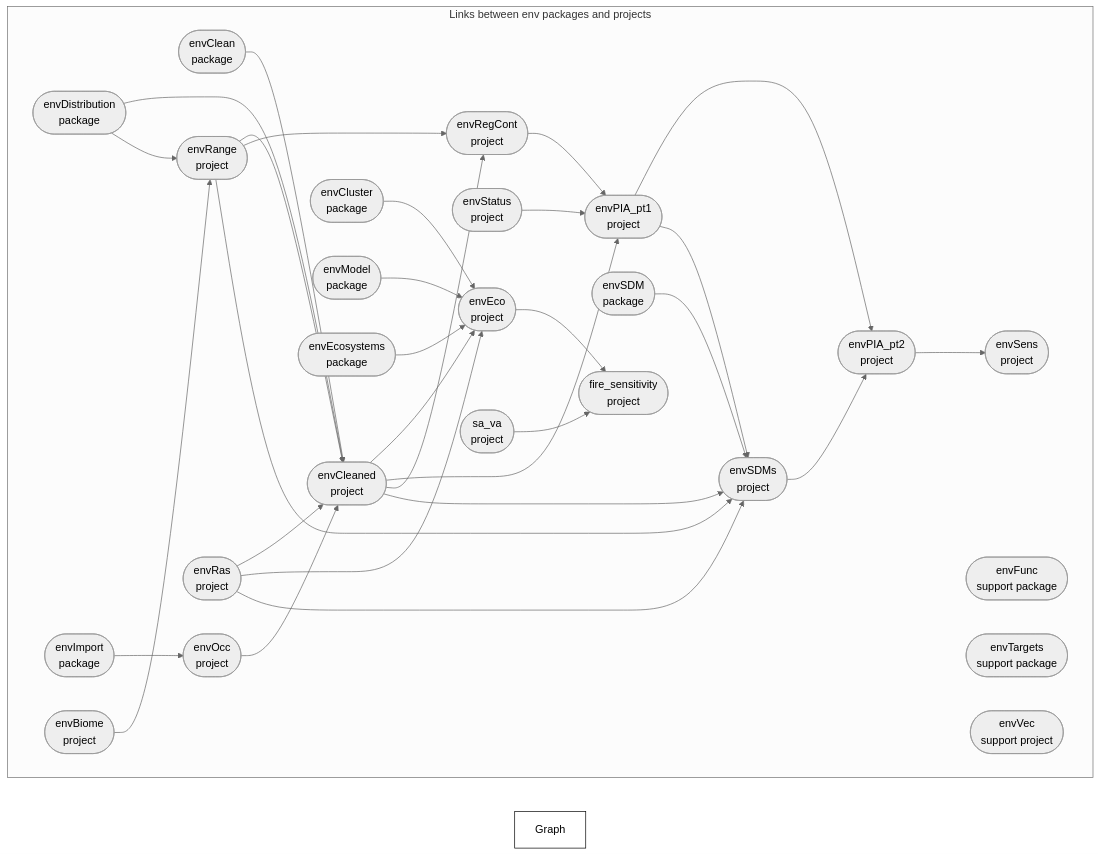
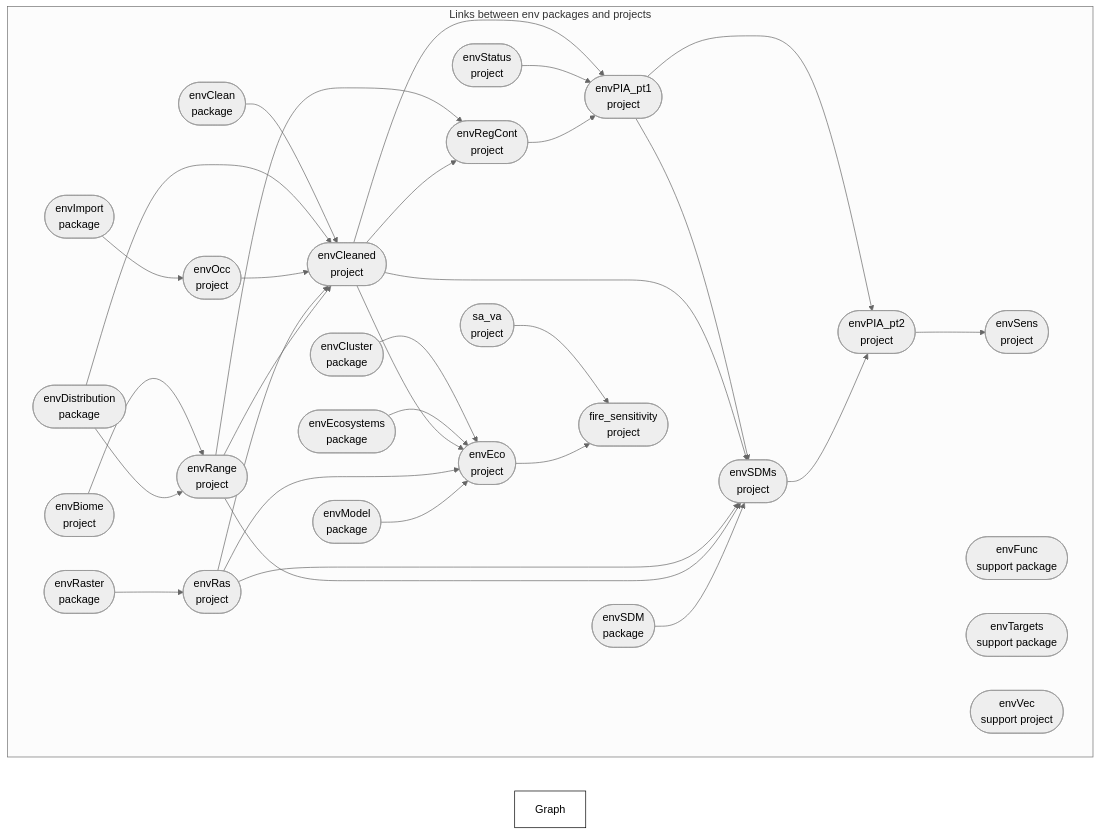
The diagram in profile/README.md (dew-landscapes/.github), drawn with Mermaid (neutral theme) before and after one commit. The commit also changed other lines of this file and 2 other files, not shown here.

Commit message:
envRaster

````diff
--- a/profile/README.md
+++ b/profile/README.md
@@ -45,38 +44,39 @@
 ``` mermaid
 graph LR
   style Graph fill:#FFFFFF00,stroke:#000000;
   subgraph Links between env packages and projects
     direction LR
     x199e33ac94c360fd(["envClean<br>package"]):::queued --> x4e1f08a5bd05b882(["envCleaned<br>project"]):::queued
-    x4f41d9ef8b70ed0e(["envRange<br>project"]):::queued --> x4e1f08a5bd05b882(["envCleaned<br>project"]):::queued
     xb53407deaf8a50f7(["envDistribution<br>package"]):::queued --> x4e1f08a5bd05b882(["envCleaned<br>project"]):::queued
     x9d3addc2d3c28cb0(["envOcc<br>project"]):::queued --> x4e1f08a5bd05b882(["envCleaned<br>project"]):::queued
     x67b5feaf09e4d0ca(["envRas<br>project"]):::queued --> x4e1f08a5bd05b882(["envCleaned<br>project"]):::queued
+    x4f41d9ef8b70ed0e(["envRange<br>project"]):::queued --> x4e1f08a5bd05b882(["envCleaned<br>project"]):::queued
+    x9eca96d789260dc6(["envCluster<br>package"]):::queued --> xc70bb609a37b98f0(["envEco<br>project"]):::queued
+    x3c533c4f6ac5a427(["envEcosystems<br>package"]):::queued --> xc70bb609a37b98f0(["envEco<br>project"]):::queued
     x4e1f08a5bd05b882(["envCleaned<br>project"]):::queued --> xc70bb609a37b98f0(["envEco<br>project"]):::queued
-    x9eca96d789260dc6(["envCluster<br>package"]):::queued --> xc70bb609a37b98f0(["envEco<br>project"]):::queued
+    x67b5feaf09e4d0ca(["envRas<br>project"]):::queued --> xc70bb609a37b98f0(["envEco<br>project"]):::queued
     x3c05f6553dd2ee1d(["envModel<br>package"]):::queued --> xc70bb609a37b98f0(["envEco<br>project"]):::queued
-    x3c533c4f6ac5a427(["envEcosystems<br>package"]):::queued --> xc70bb609a37b98f0(["envEco<br>project"]):::queued
-    x67b5feaf09e4d0ca(["envRas<br>project"]):::queued --> xc70bb609a37b98f0(["envEco<br>project"]):::queued
     xa419b1871c902a02(["envImport<br>package"]):::queued --> x9d3addc2d3c28cb0(["envOcc<br>project"]):::queued
+    x4e1f08a5bd05b882(["envCleaned<br>project"]):::queued --> xdfa068c3ebc0366d(["envPIA_pt1<br>project"]):::queued
     xf290cd0a0c6ffe34(["envStatus<br>project"]):::queued --> xdfa068c3ebc0366d(["envPIA_pt1<br>project"]):::queued
     x5499a04bf3778295(["envRegCont<br>project"]):::queued --> xdfa068c3ebc0366d(["envPIA_pt1<br>project"]):::queued
-    x4e1f08a5bd05b882(["envCleaned<br>project"]):::queued --> xdfa068c3ebc0366d(["envPIA_pt1<br>project"]):::queued
+    xdfa068c3ebc0366d(["envPIA_pt1<br>project"]):::queued --> xe5749d29c71b6a92(["envPIA_pt2<br>project"]):::queued
     xc1054dd4c63b18e0(["envSDMs<br>project"]):::queued --> xe5749d29c71b6a92(["envPIA_pt2<br>project"]):::queued
-    xdfa068c3ebc0366d(["envPIA_pt1<br>project"]):::queued --> xe5749d29c71b6a92(["envPIA_pt2<br>project"]):::queued
     xd8ce469e231f9860(["envBiome<br>project"]):::queued --> x4f41d9ef8b70ed0e(["envRange<br>project"]):::queued
     xb53407deaf8a50f7(["envDistribution<br>package"]):::queued --> x4f41d9ef8b70ed0e(["envRange<br>project"]):::queued
+    x89ac92b9bcad912d(["envRaster<br>package"]):::queued --> x67b5feaf09e4d0ca(["envRas<br>project"]):::queued
+    x4f41d9ef8b70ed0e(["envRange<br>project"]):::queued --> x5499a04bf3778295(["envRegCont<br>project"]):::queued
     x4e1f08a5bd05b882(["envCleaned<br>project"]):::queued --> x5499a04bf3778295(["envRegCont<br>project"]):::queued
-    x4f41d9ef8b70ed0e(["envRange<br>project"]):::queued --> x5499a04bf3778295(["envRegCont<br>project"]):::queued
+    xdfa068c3ebc0366d(["envPIA_pt1<br>project"]):::queued --> xc1054dd4c63b18e0(["envSDMs<br>project"]):::queued
     x4e1f08a5bd05b882(["envCleaned<br>project"]):::queued --> xc1054dd4c63b18e0(["envSDMs<br>project"]):::queued
     x67b5feaf09e4d0ca(["envRas<br>project"]):::queued --> xc1054dd4c63b18e0(["envSDMs<br>project"]):::queued
-    xdfa068c3ebc0366d(["envPIA_pt1<br>project"]):::queued --> xc1054dd4c63b18e0(["envSDMs<br>project"]):::queued
+    x4f41d9ef8b70ed0e(["envRange<br>project"]):::queued --> xc1054dd4c63b18e0(["envSDMs<br>project"]):::queued
     x07cddf360e9b199e(["envSDM<br>package"]):::queued --> xc1054dd4c63b18e0(["envSDMs<br>project"]):::queued
-    x4f41d9ef8b70ed0e(["envRange<br>project"]):::queued --> xc1054dd4c63b18e0(["envSDMs<br>project"]):::queued
     xe5749d29c71b6a92(["envPIA_pt2<br>project"]):::queued --> x2d1dcea9060b62fe(["envSens<br>project"]):::queued
     xb2a4767da474386b(["sa_va<br>project"]):::queued --> x0f16edc93d113ef9(["fire_sensitivity<br>project"]):::queued
     xc70bb609a37b98f0(["envEco<br>project"]):::queued --> x0f16edc93d113ef9(["fire_sensitivity<br>project"]):::queued
     x6832f874a98057bb(["envFunc<br>support package"]):::queued
     xb03046fba8fa1b84(["envTargets<br>support package"]):::queued
     xa92bc89dfa147112(["envVec<br>support project"]):::queued
   end
 ```
````
